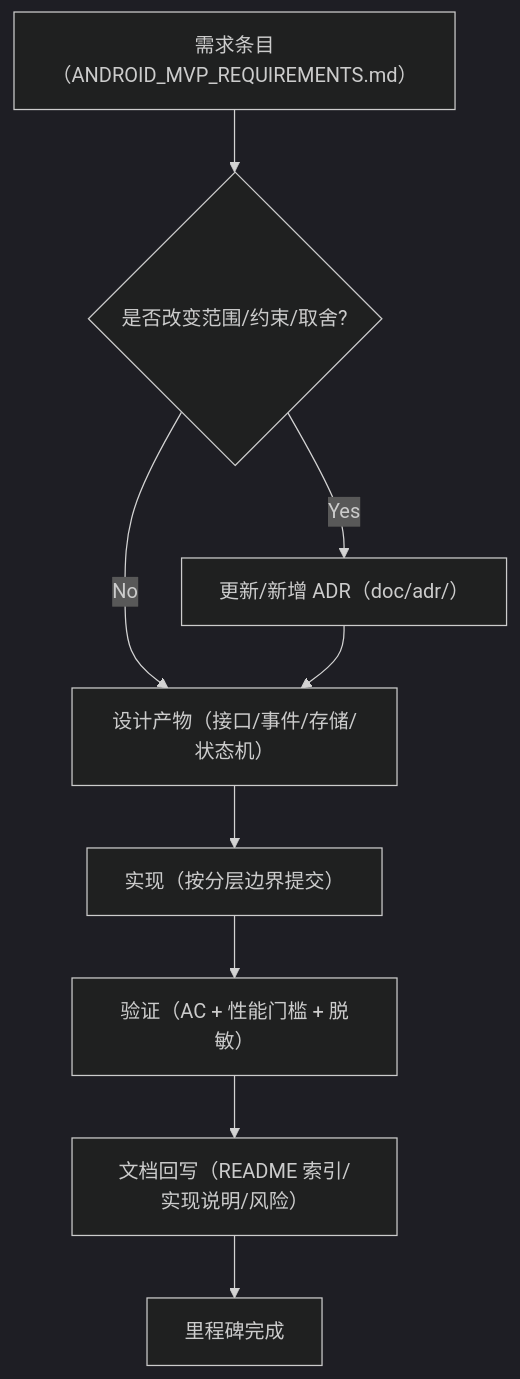
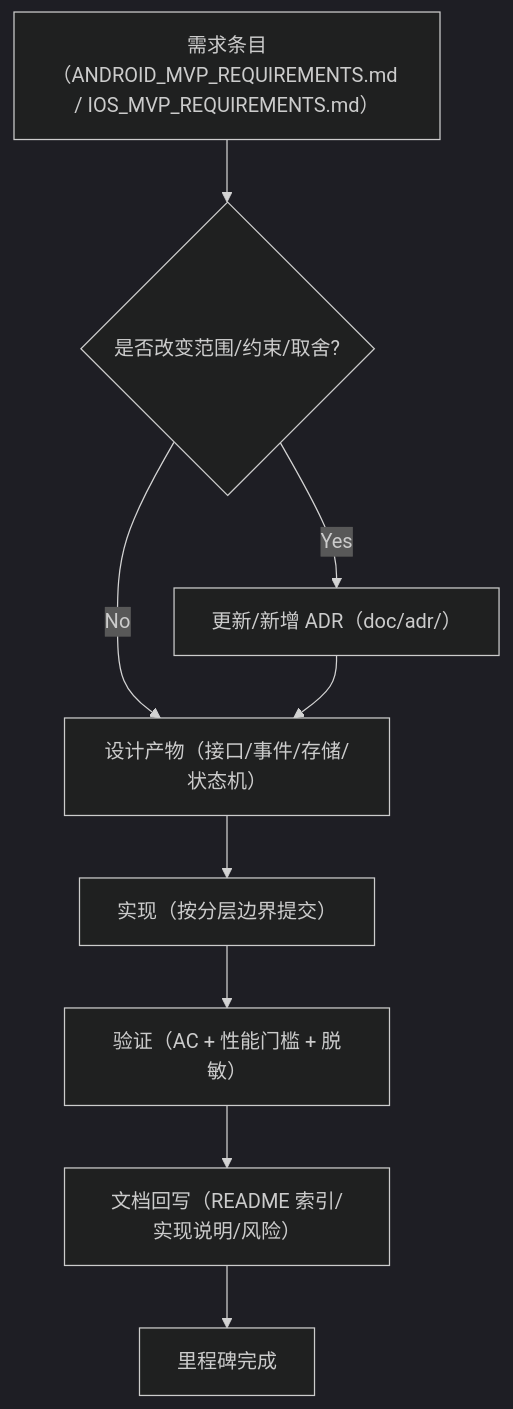
Before and after one commit to nickdu2009/FlowTrace: the second of 3 diagrams in AGENTS.md, drawn with Mermaid (dark theme). The commit also changed other lines of this file and 8 other files, not shown here.

````diff
--- a/AGENTS.md
+++ b/AGENTS.md
@@ -91,11 +96,11 @@
 ```mermaid
 flowchart TD
-  R["需求条目（ANDROID_MVP_REQUIREMENTS.md）"] --> C{"是否改变范围/约束/取舍?"}
+  R["需求条目（ANDROID_MVP_REQUIREMENTS.md / IOS_MVP_REQUIREMENTS.md）"] --> C{"是否改变范围/约束/取舍?"}
   C -- Yes --> ADR["更新/新增 ADR（doc/adr/）"]
   C -- No --> D["设计产物（接口/事件/存储/状态机）"]
   ADR --> D
   D --> I["实现（按分层边界提交）"]
   I --> V["验证（AC + 性能门槛 + 脱敏）"]
   V --> W["文档回写（README 索引/实现说明/风险）"]
   W --> Done["里程碑完成"]
 ```
````
